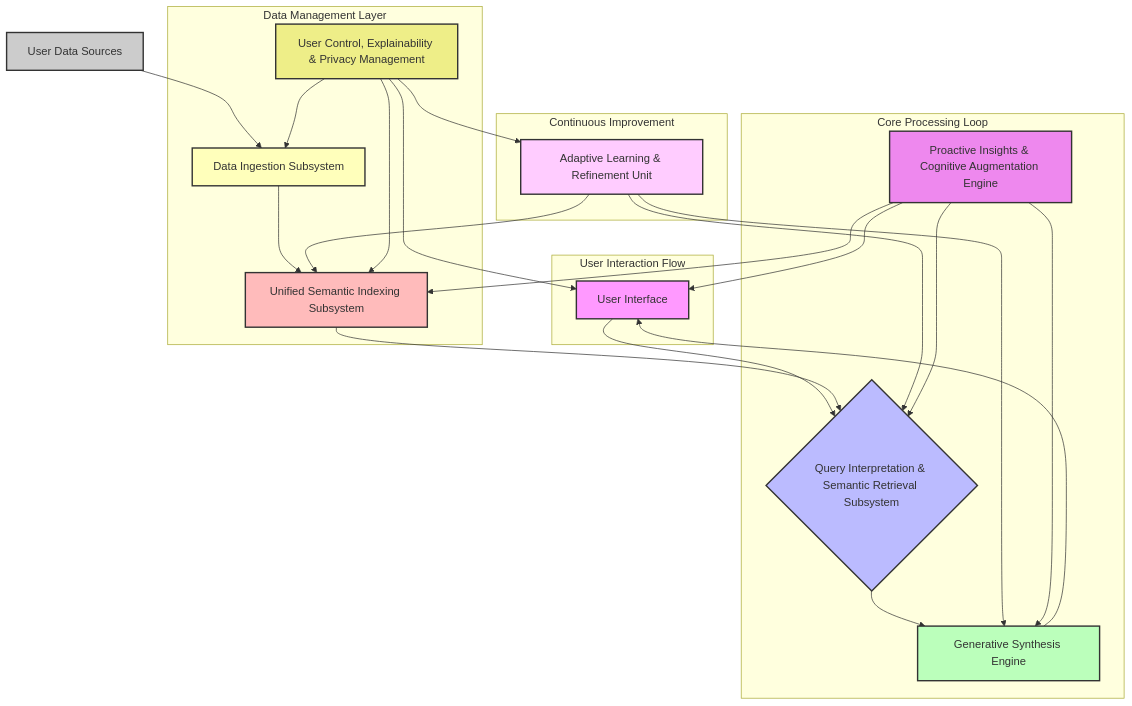
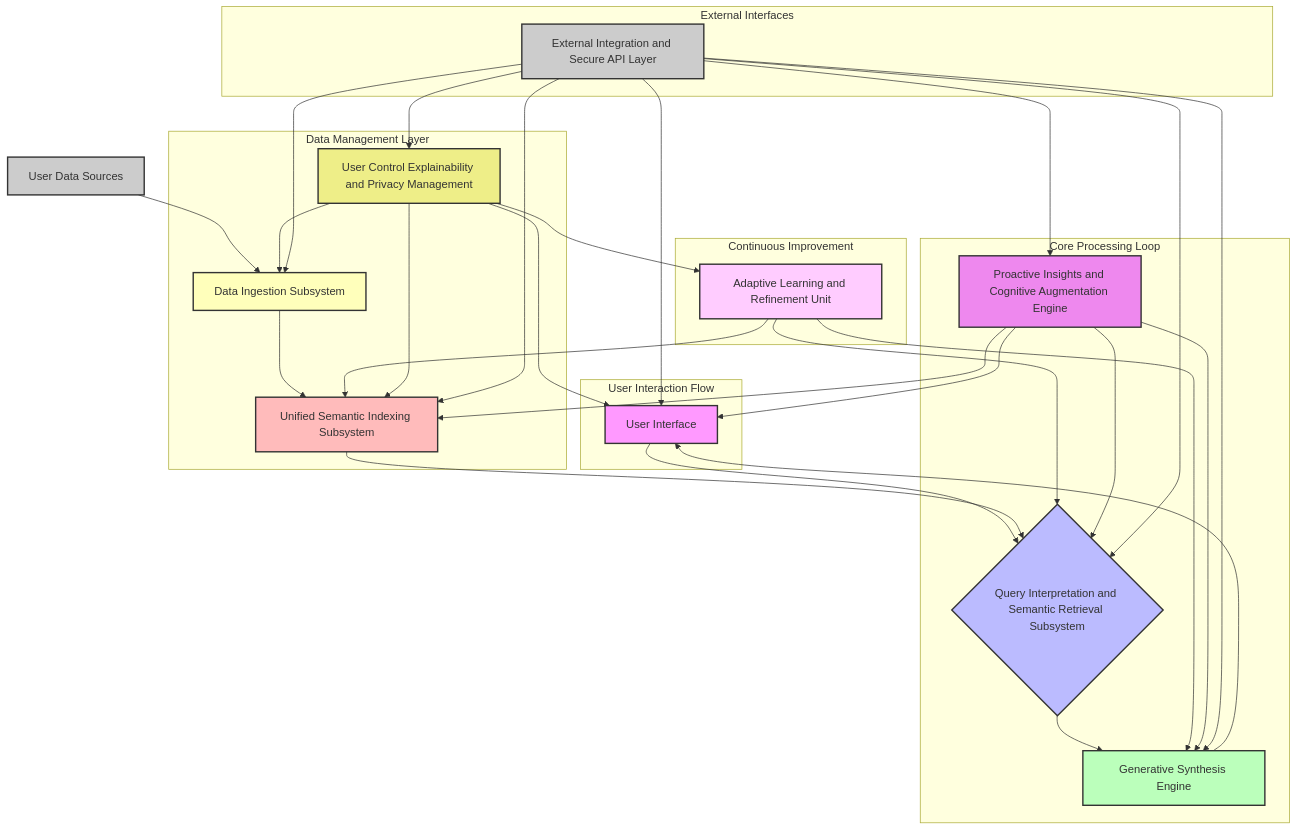
One commit to diplomat-bit/Citibank_Demo_Business_Inc_Demonstration- changed the first of 7 diagrams in inventions/017_personal_archive_querying.md. Above: the diagram before and after it, drawn with Mermaid. The commit also changed other lines of this file, not shown here.

````diff
--- a/inventions/017_personal_archive_querying.md
+++ b/inventions/017_personal_archive_querying.md
@@ -17,50 +17,62 @@
 ```mermaid
 graph TD
-    A[User Interface] --> B{Query Interpretation & Semantic Retrieval Subsystem}
+    A[User Interface] --> B{Query Interpretation and Semantic Retrieval Subsystem}
     B --> C[Generative Synthesis Engine]
     C --> A
     D[Data Ingestion Subsystem] --> E[Unified Semantic Indexing Subsystem]
     E --> B
     F[User Data Sources] --> D
-    G[Adaptive Learning & Refinement Unit] --> B
+    G[Adaptive Learning and Refinement Unit] --> B
     G --> C
     G --> E
-    H[Proactive Insights & Cognitive Augmentation Engine] --> E
+    H[Proactive Insights and Cognitive Augmentation Engine] --> E
     H --> B
     H --> C
     H --> A
-    I[User Control, Explainability & Privacy Management] --> D
+    I[User Control Explainability and Privacy Management] --> D
     I --> E
     I --> A
     I --> G
+    J[External Integration and Secure API Layer] --> A
+    J --> B
+    J --> C
+    J --> H
+    J --> I
+    J --> D
+    J --> E
 
     subgraph User Interaction Flow
         A
     end
 
     subgraph Core Processing Loop
         B
         C
         H
     end
 
     subgraph Data Management Layer
         D
         E
         I
     end
 
     subgraph Continuous Improvement
         G
     end
+    
+    subgraph External Interfaces
+        J
+    end
 
     style A fill:#f9f,stroke:#333,stroke-width:2px
     style B fill:#bbf,stroke:#333,stroke-width:2px
     style C fill:#bfb,stroke:#333,stroke-width:2px
     style D fill:#ffb,stroke:#333,stroke-width:2px
     style E fill:#fbb,stroke:#333,stroke-width:2px
     style F fill:#ccc,stroke:#333,stroke-width:2px
     style G fill:#fcf,stroke:#333,stroke-width:2px
     style H fill:#e8e,stroke:#333,stroke-width:2px
     style I fill:#ee8,stroke:#333,stroke-width:2px
+    style J fill:#ccc,stroke:#333,stroke-width:2px
 ```
````
